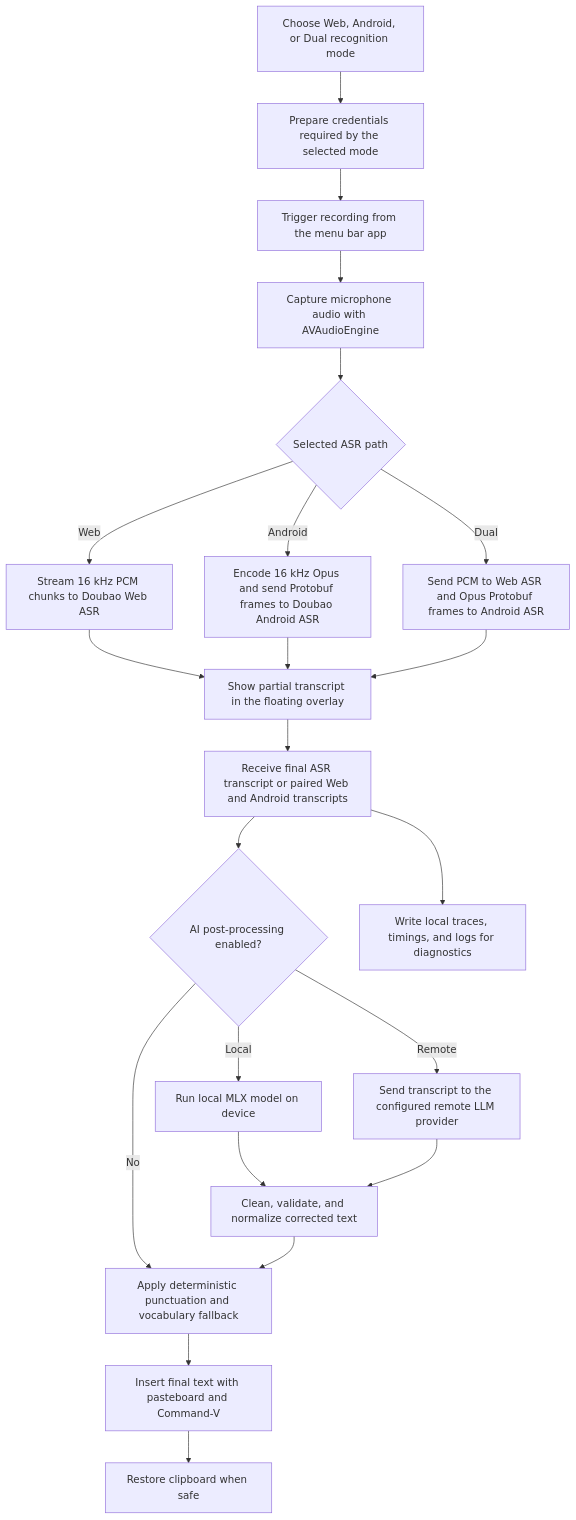
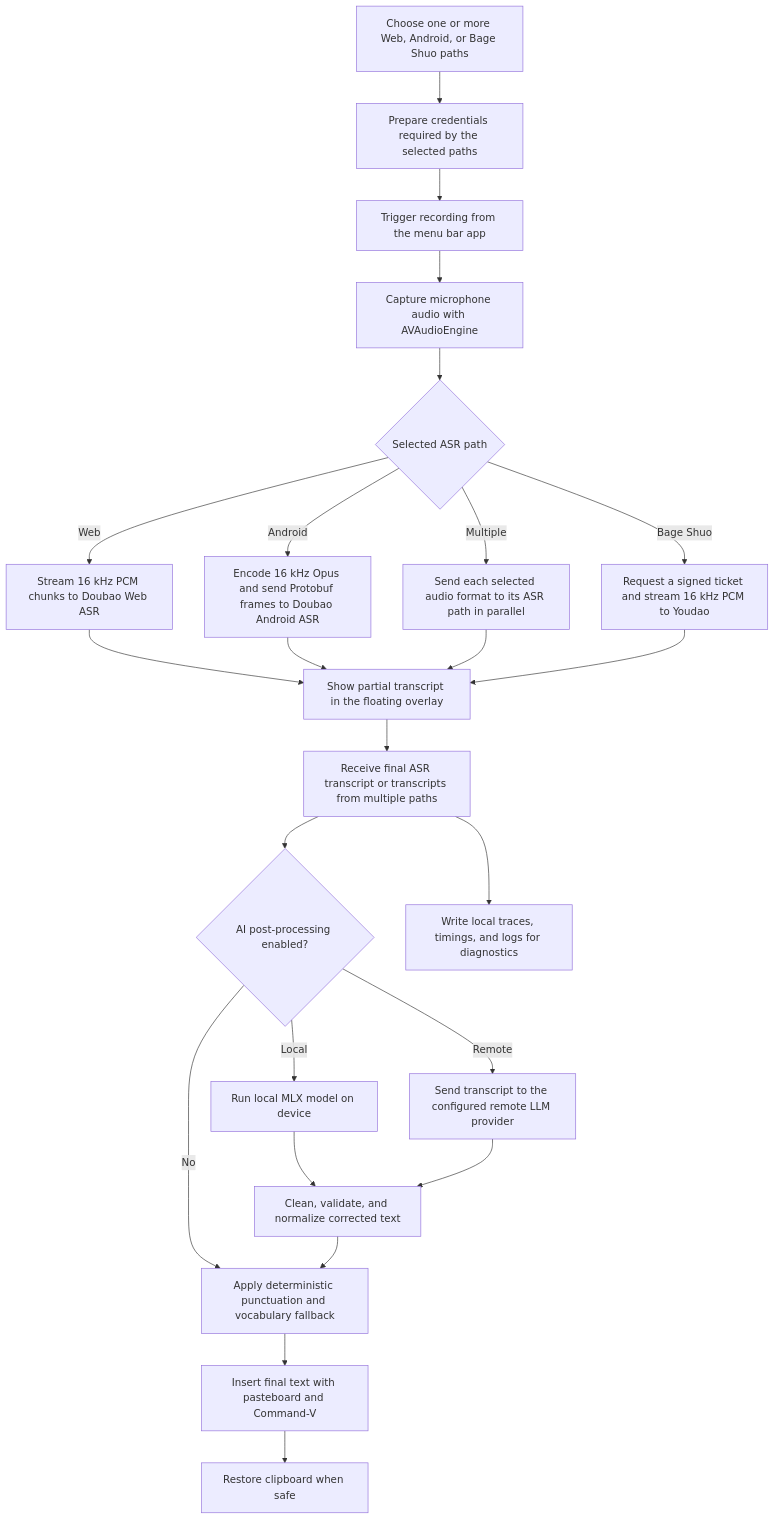
One commit to rhinoc/douvo changed the diagram in README.md. Above: the diagram before and after it, drawn with Mermaid. The commit also changed other lines of this file and 32 other files, not shown here.

````diff
--- a/README.md
+++ b/README.md
@@ -101,24 +102,26 @@
 ```mermaid
 flowchart TD
-    A[Choose Web, Android, or Dual recognition mode] --> B[Prepare credentials required by the selected mode]
+    A[Choose one or more Web, Android, or Bage Shuo paths] --> B[Prepare credentials required by the selected paths]
     B --> C[Trigger recording from the menu bar app]
     C --> D[Capture microphone audio with AVAudioEngine]
     D --> E{Selected ASR path}
     E -- Web --> F[Stream 16 kHz PCM chunks to Doubao Web ASR]
     E -- Android --> G[Encode 16 kHz Opus and send Protobuf frames to Doubao Android ASR]
-    E -- Dual --> H[Send PCM to Web ASR and Opus Protobuf frames to Android ASR]
-    F --> I[Show partial transcript in the floating overlay]
-    G --> I
-    H --> I
-    I --> J[Receive final ASR transcript or paired Web and Android transcripts]
-    J --> K{AI post-processing enabled?}
-    K -- No --> O[Apply deterministic punctuation and vocabulary fallback]
-    K -- Local --> L[Run local MLX model on device]
-    K -- Remote --> M[Send transcript to the configured remote LLM provider]
-    L --> N[Clean, validate, and normalize corrected text]
-    M --> N
-    N --> O
-    O --> P[Insert final text with pasteboard and Command-V]
-    P --> Q[Restore clipboard when safe]
-    J --> R[Write local traces, timings, and logs for diagnostics]
+    E -- Multiple --> H[Send each selected audio format to its ASR path in parallel]
+    E -- Bage Shuo --> I[Request a signed ticket and stream 16 kHz PCM to Youdao]
+    F --> K[Show partial transcript in the floating overlay]
+    G --> K
+    H --> K
+    I --> K
+    K --> L[Receive final ASR transcript or transcripts from multiple paths]
+    L --> M{AI post-processing enabled?}
+    M -- No --> P[Apply deterministic punctuation and vocabulary fallback]
+    M -- Local --> N[Run local MLX model on device]
+    M -- Remote --> O[Send transcript to the configured remote LLM provider]
+    N --> Q[Clean, validate, and normalize corrected text]
+    O --> Q
+    Q --> P
+    P --> R[Insert final text with pasteboard and Command-V]
+    R --> S[Restore clipboard when safe]
+    L --> T[Write local traces, timings, and logs for diagnostics]
 ```
````
